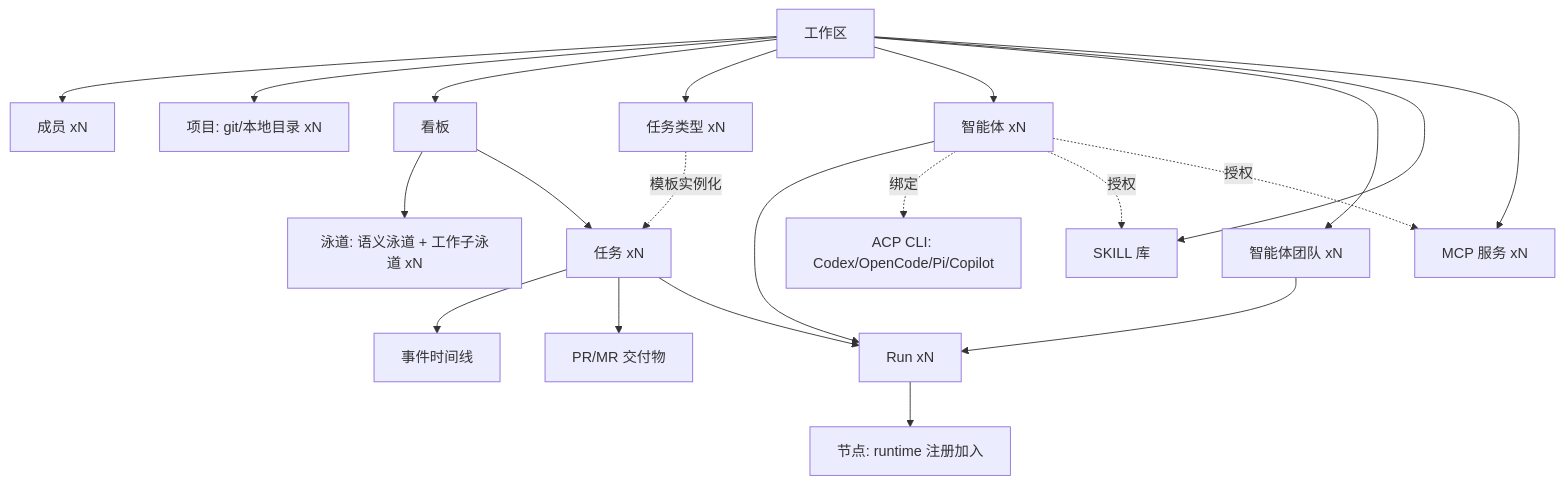
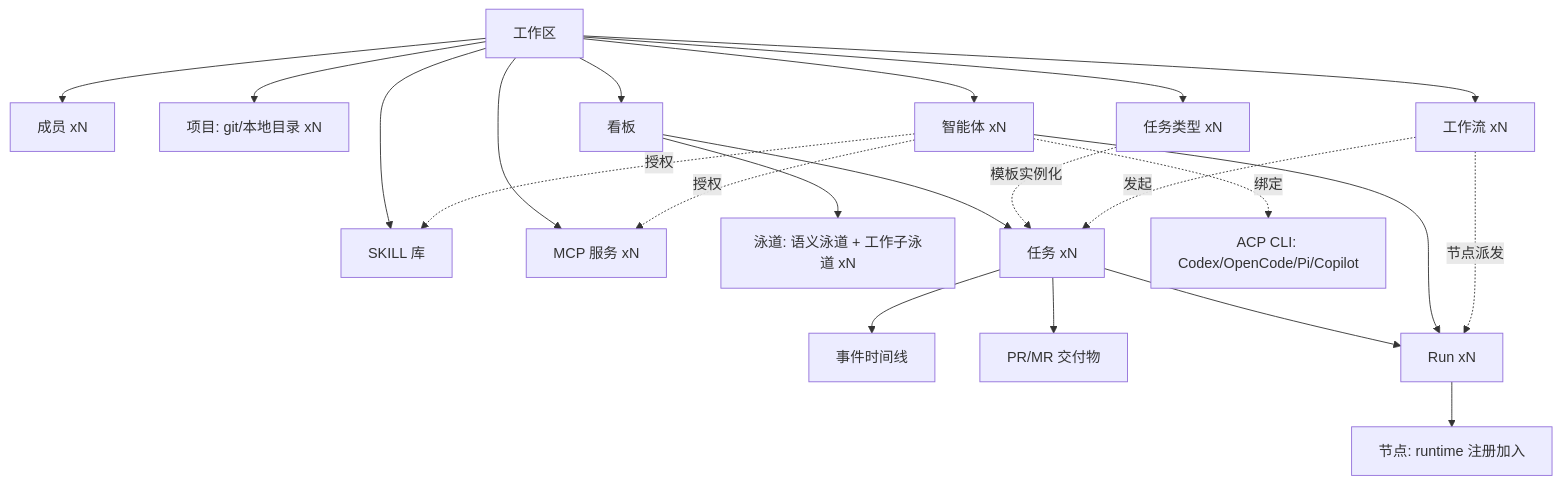
The first of 4 diagrams in docs/PRD.md (wosledon/fux), drawn with Mermaid before and after one commit. The commit also changed other lines of this file and 34 other files, not shown here.

````diff
--- a/docs/PRD.md
+++ b/docs/PRD.md
@@ -57,23 +59,24 @@
 ```mermaid
 flowchart TD
     WS[工作区] --> U[成员 xN]
     WS --> P[项目: git/本地目录 xN]
     WS --> B[看板]
     WS --> TT[任务类型 xN]
     WS --> A[智能体 xN]
-    WS --> T[智能体团队 xN]
+    WS --> WF[工作流 xN]
     WS --> S[SKILL 库]
     WS --> M[MCP 服务 xN]
     B --> L[泳道: 语义泳道 + 工作子泳道 xN]
     B --> TASK[任务 xN]
     TT -.模板实例化.-> TASK
     TASK --> EV[事件时间线]
     TASK --> PR[PR/MR 交付物]
     TASK --> RUN[Run xN]
     A --> RUN
-    T --> RUN
+    WF -.节点派发.-> RUN
+    WF -.发起.-> TASK
     A -.绑定.-> CLI[ACP CLI: Codex/OpenCode/Pi/Copilot]
     A -.授权.-> S
     A -.授权.-> M
     RUN --> NODE[节点: runtime 注册加入]
 ```
````
